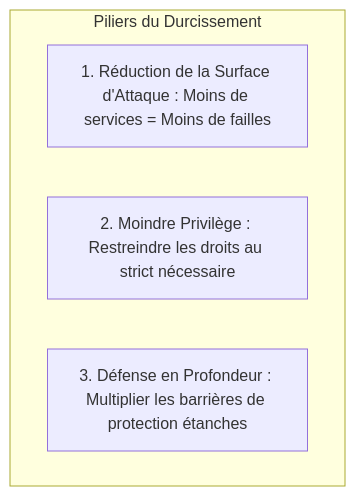
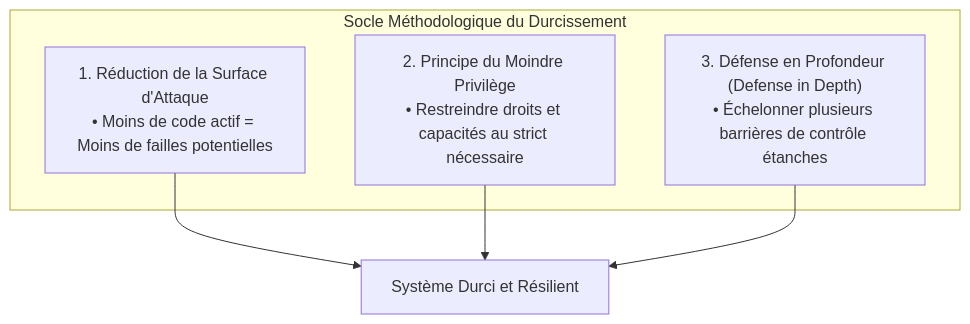
The first of 2 diagrams in content/tracks/annee-2/modules/securite-systemes-durcissement/lessons/01-principes-durcissement-guides-anssi-cis.md (Klemz-696/opensio), drawn with Mermaid before and after one commit. The commit also changed other lines of this file and 10 other files, not shown here.

````diff
--- a/content/tracks/annee-2/modules/securite-systemes-durcissement/lessons/01-principes-durcissement-guides-anssi-cis.md
+++ b/content/tracks/annee-2/modules/securite-systemes-durcissement/lessons/01-principes-durcissement-guides-anssi-cis.md
@@ -38,8 +46,11 @@
 ```mermaid
-graph TD
-    subgraph Piliers ["Piliers du Durcissement"]
-        A["1. Réduction de la Surface d'Attaque : Moins de services = Moins de failles"]
-        B["2. Moindre Privilège : Restreindre les droits au strict nécessaire"]
-        C["3. Défense en Profondeur : Multiplier les barrières de protection étanches"]
+flowchart TD
+    subgraph Piliers ["Socle Méthodologique du Durcissement"]
+        A["1. Réduction de la Surface d'Attaque<br/>• Moins de code actif = Moins de failles potentielles"]
+        B["2. Principe du Moindre Privilège<br/>• Restreindre droits et capacités au strict nécessaire"]
+        C["3. Défense en Profondeur (Defense in Depth)<br/>• Échelonner plusieurs barrières de contrôle étanches"]
     end
+    A --> D["Système Durci et Résilient"]
+    B --> D
+    C --> D
 ```
````
